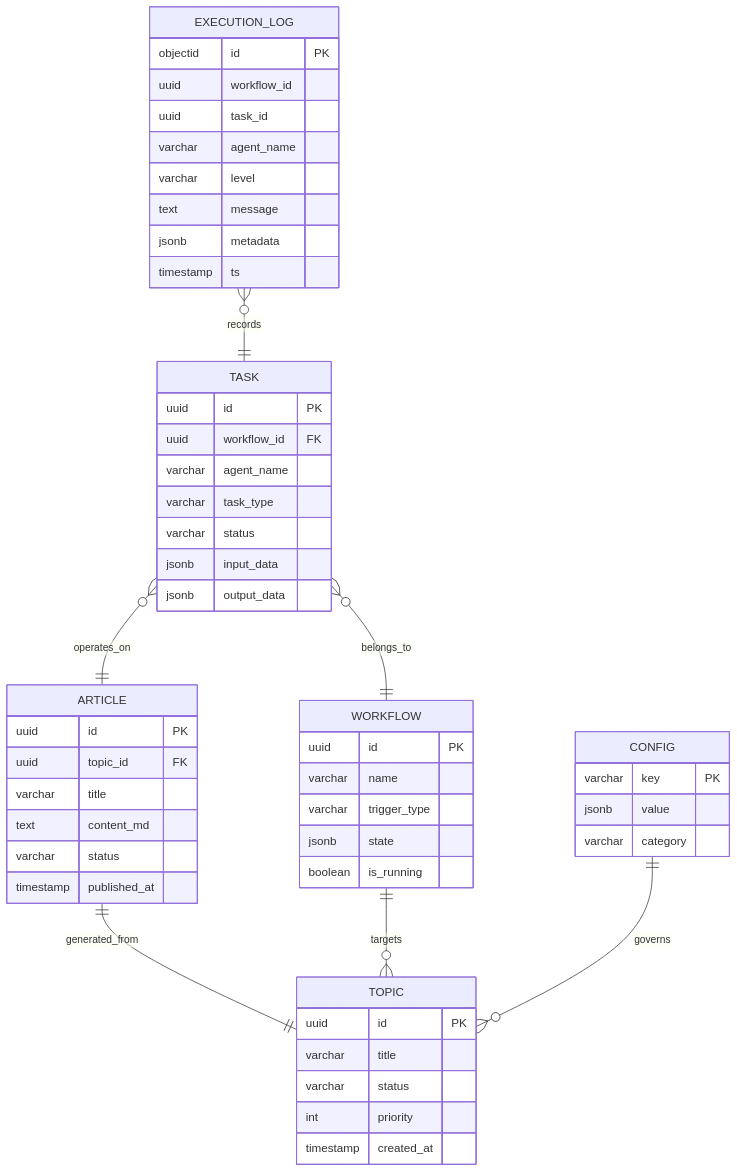
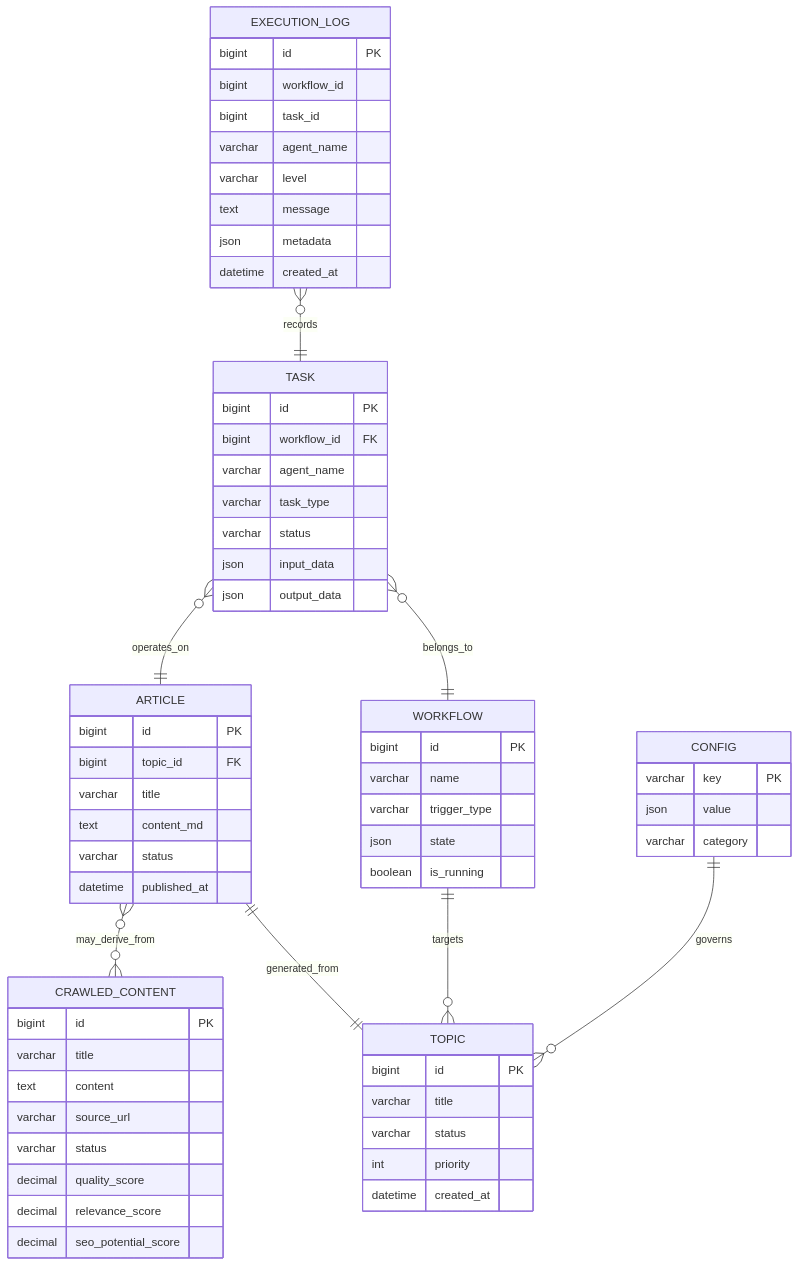
One commit to flyingsnowzz/Multi-Agent-Automatic-Operation-Website changed the fourth of 7 diagrams in 02-技术实现规范.md. Above: the diagram before and after it, drawn with Mermaid. The commit also changed other lines of this file and 15 other files, not shown here.

````diff
--- a/02-技术实现规范.md
+++ b/02-技术实现规范.md
@@ -131,56 +187,67 @@
 ```mermaid
 erDiagram
     ARTICLE {
-        uuid id PK
-        uuid topic_id FK
+        bigint id PK
+        bigint topic_id FK
         varchar title
         text content_md
         varchar status
-        timestamp published_at
+        datetime published_at
     }
     TOPIC {
-        uuid id PK
+        bigint id PK
         varchar title
         varchar status
         int priority
-        timestamp created_at
+        datetime created_at
+    }
+    CRAWLED_CONTENT {
+        bigint id PK
+        varchar title
+        text content
+        varchar source_url
+        varchar status
+        decimal quality_score
+        decimal relevance_score
+        decimal seo_potential_score
     }
     TASK {
-        uuid id PK
-        uuid workflow_id FK
+        bigint id PK
+        bigint workflow_id FK
         varchar agent_name
         varchar task_type
         varchar status
-        jsonb input_data
-        jsonb output_data
+        json input_data
+        json output_data
     }
     WORKFLOW {
-        uuid id PK
+        bigint id PK
         varchar name
         varchar trigger_type
-        jsonb state
+        json state
         boolean is_running
     }
     CONFIG {
         varchar key PK
-        jsonb value
+        json value
         varchar category
     }
     EXECUTION_LOG {
-        objectid id PK
-        uuid workflow_id
-        uuid task_id
+        bigint id PK
+        bigint workflow_id
+        bigint task_id
         varchar agent_name
         varchar level
         text message
-        jsonb metadata
-        timestamp ts
+        json metadata
+        datetime created_at
     }
 
     ARTICLE ||--|| TOPIC : "generated_from"
+    ARTICLE }o--o{ CRAWLED_CONTENT : "may_derive_from"
     TASK }o--|| ARTICLE : "operates_on"
     TASK }o--|| WORKFLOW : "belongs_to"
     WORKFLOW ||--o{ TOPIC : "targets"
     CONFIG ||--o{ TOPIC : "governs"
     EXECUTION_LOG }o--|| TASK : "records"
 ```
````
